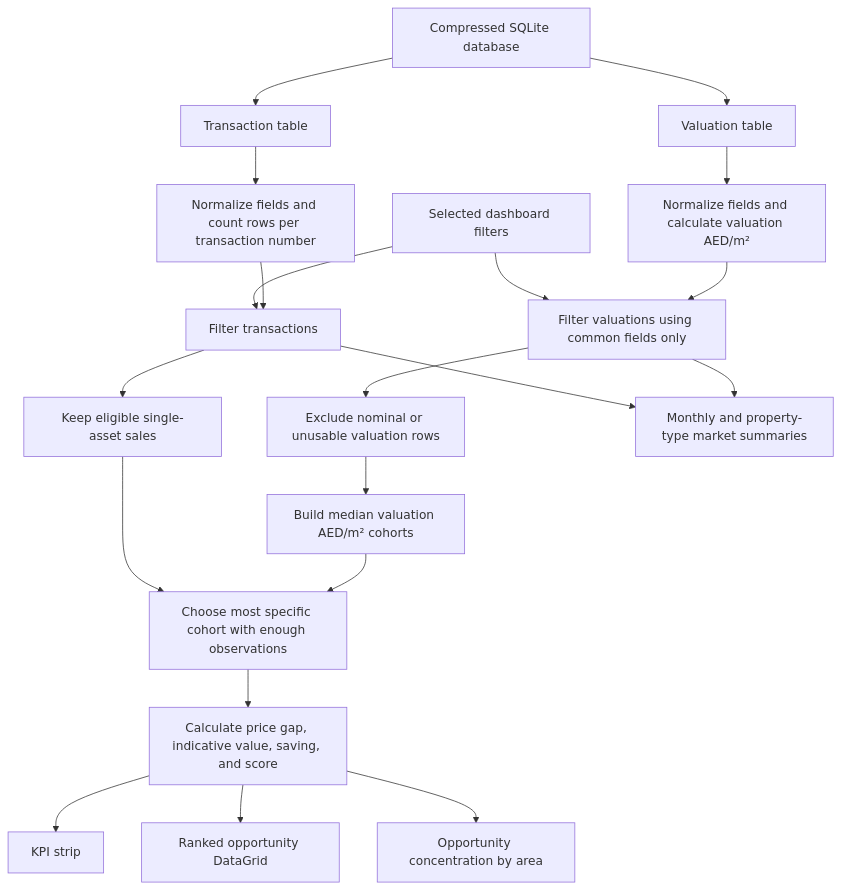
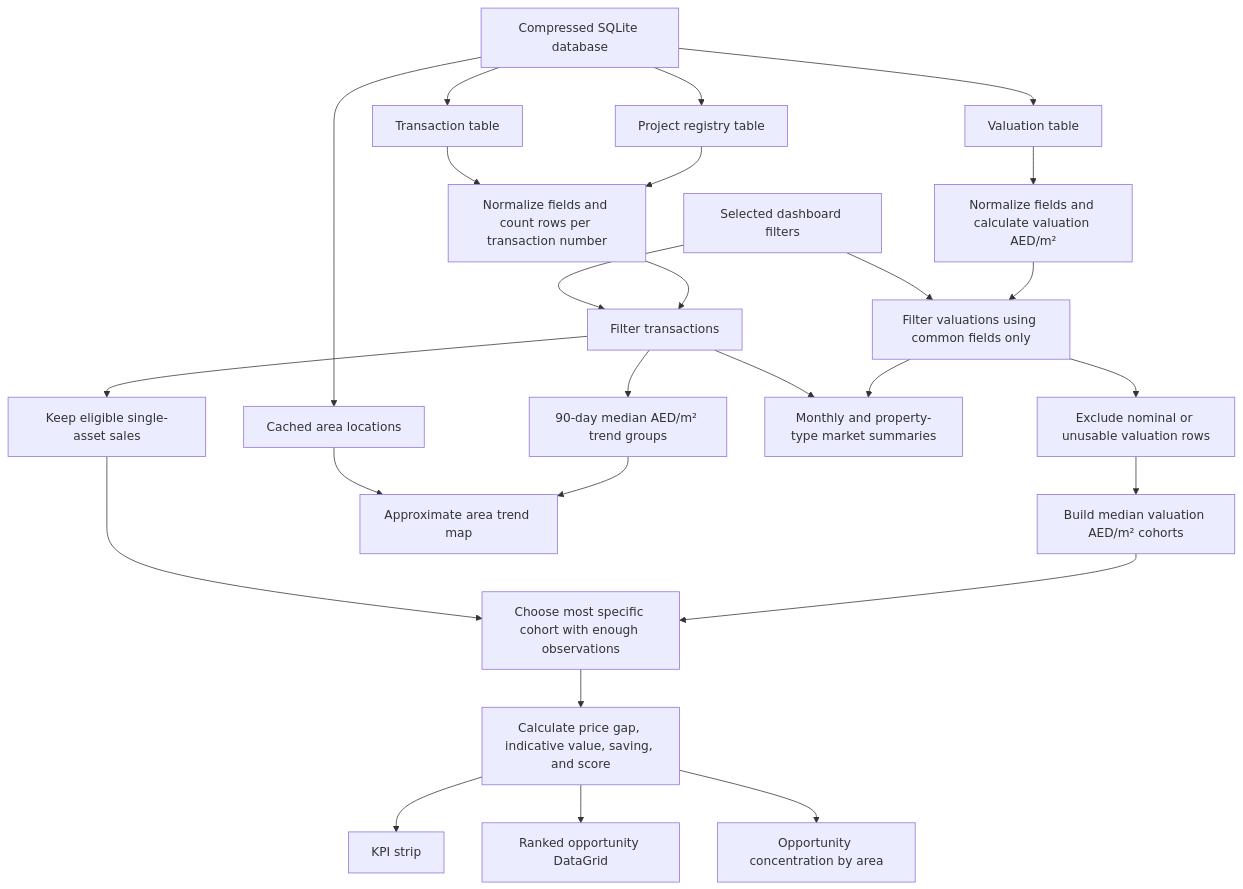
Before and after one commit to someshwarrc/Dubai-Market-Lens: the diagram in FLOW.md, drawn with Mermaid. The commit also changed other lines of this file and 21 other files, not shown here.

Commit message:
Add price trend discovery and project map

````diff
--- a/FLOW.md
+++ b/FLOW.md
@@ -43,27 +53,33 @@
 ```mermaid
 flowchart TD
     DB["Compressed SQLite database"] --> TX["Transaction table"]
     DB --> VAL["Valuation table"]
+    DB --> PRJ["Project registry table"]
+    DB --> LOC["Cached area locations"]
     TX --> TXN["Normalize fields and count rows per transaction number"]
+    PRJ --> TXN
     VAL --> VALN["Normalize fields and calculate valuation AED/m²"]
 
     FILTERS["Selected dashboard filters"] --> TXF["Filter transactions"]
     FILTERS --> VALF["Filter valuations using common fields only"]
     TXN --> TXF
     VALN --> VALF
 
     VALF --> CLEANV["Exclude nominal or unusable valuation rows"]
     CLEANV --> COHORTS["Build median valuation AED/m² cohorts"]
 
     TXF --> CLEANT["Keep eligible single-asset sales"]
     CLEANT --> MATCH["Choose most specific cohort with enough observations"]
     COHORTS --> MATCH
 
     MATCH --> GAP["Calculate price gap, indicative value, saving, and score"]
     GAP --> KPIS["KPI strip"]
     GAP --> GRID["Ranked opportunity DataGrid"]
     GAP --> AREAS["Opportunity concentration by area"]
 
     TXF --> MARKET["Monthly and property-type market summaries"]
     VALF --> MARKET
+    TXF --> TRENDS["90-day median AED/m² trend groups"]
+    LOC --> MAP["Approximate area trend map"]
+    TRENDS --> MAP
 ```
````
